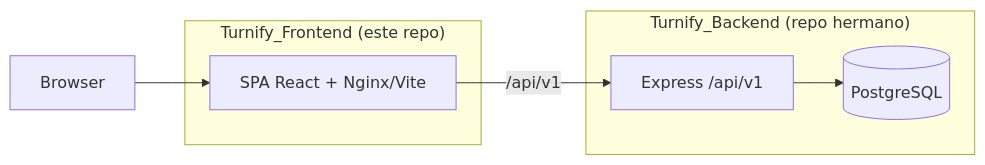
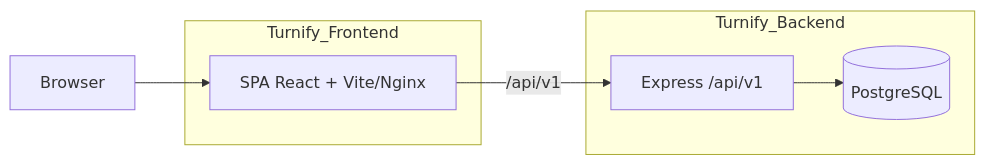
One commit to Edwardortiz117/Turnify_Frontend changed the first of 8 diagrams in docs/sustentacion-turnify.md. Above: the diagram before and after it, drawn with Mermaid. The commit also changed other lines of this file and 10 other files, not shown here.

````diff
--- a/docs/sustentacion-turnify.md
+++ b/docs/sustentacion-turnify.md
@@ -51,13 +108,13 @@
 ```mermaid
 flowchart LR
-  subgraph FE["Turnify_Frontend (este repo)"]
-    SPA[SPA React + Nginx/Vite]
+  subgraph FE["Turnify_Frontend"]
+    SPA[SPA React + Vite/Nginx]
   end
-  subgraph BE["Turnify_Backend (repo hermano)"]
+  subgraph BE["Turnify_Backend"]
     API[Express /api/v1]
     DB[(PostgreSQL)]
   end
   Browser --> SPA
   SPA -->|/api/v1| API
   API --> DB
 ```
````
